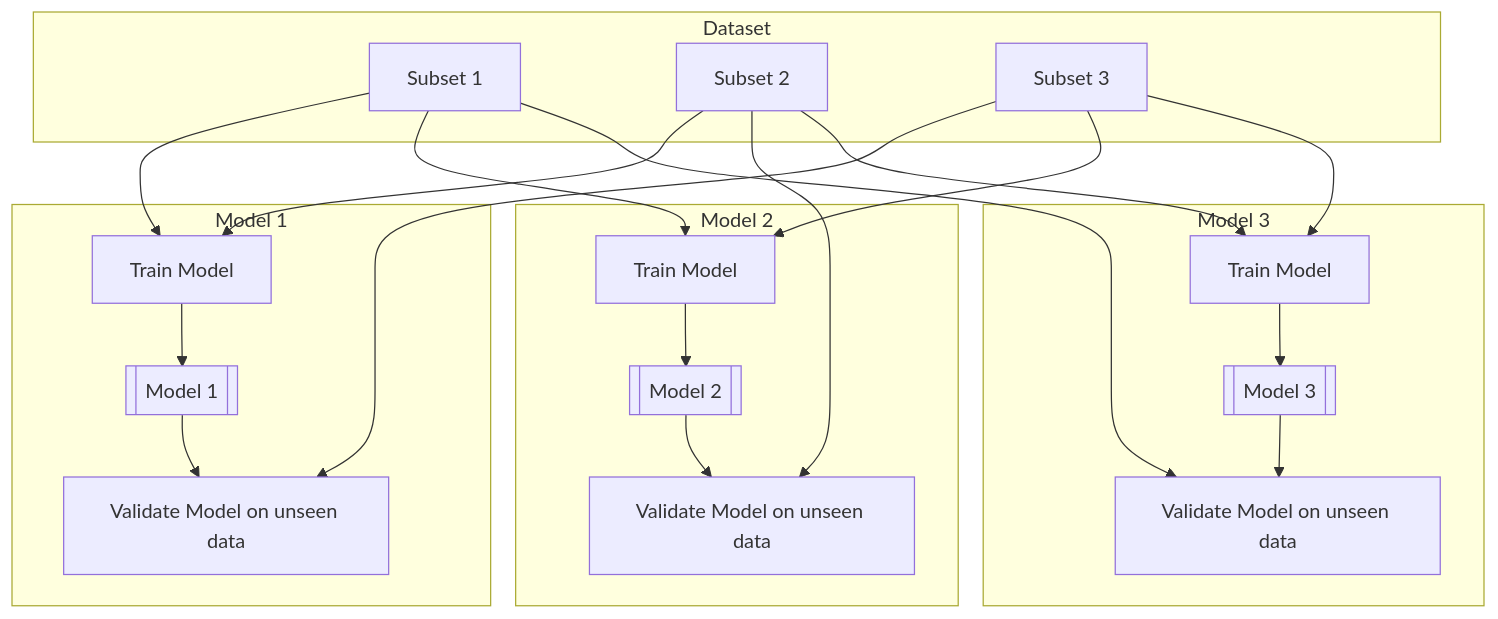
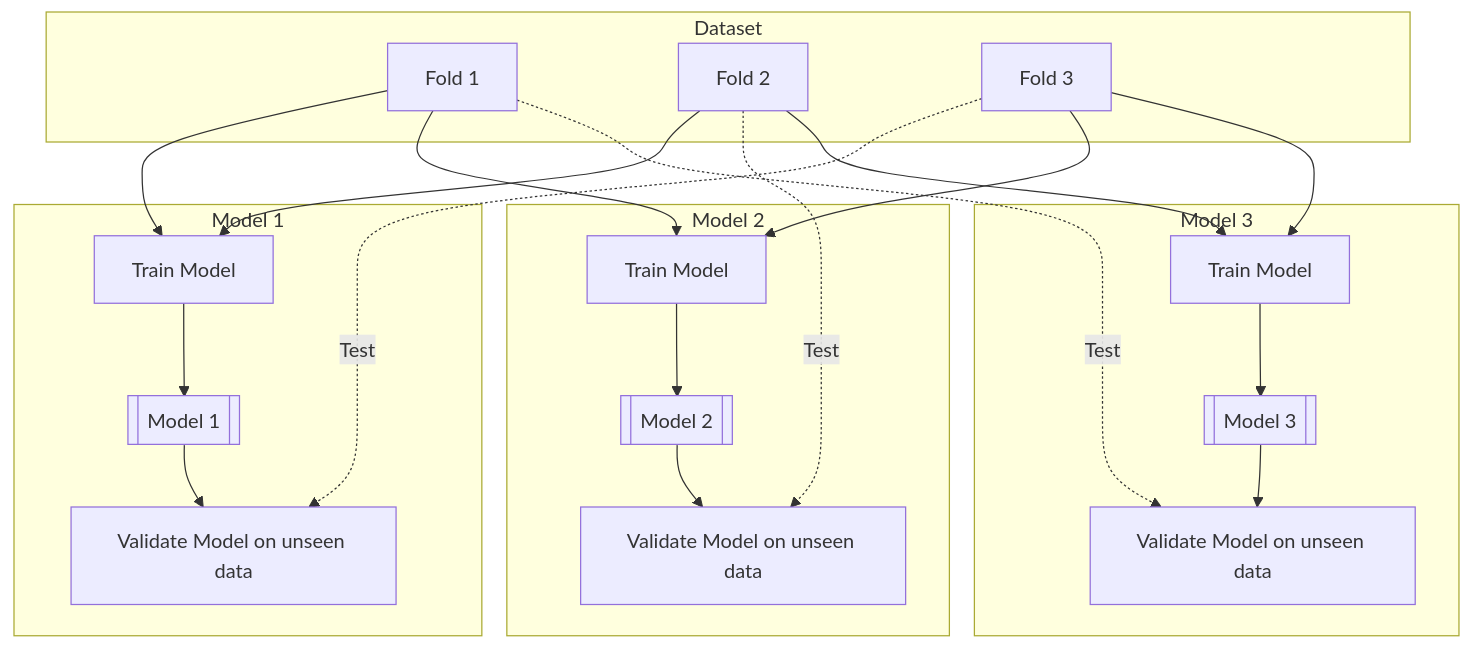
One commit to statisticalbiotechnology/dsbook changed the diagram in dsbook/supervised/xval.md. Above: the diagram before and after it, drawn with Mermaid. The commit also changed 2 other files, not shown here.

````diff
--- a/dsbook/supervised/xval.md
+++ b/dsbook/supervised/xval.md
@@ -56,36 +56,36 @@
 ```{mermaid}
 flowchart TB
     subgraph Dataset [Dataset]
-      A["    Subset 1    "]
-      B["    Subset 2    "]
-      C["    Subset 3    "]
+      A["    Fold 1    "]
+      B["    Fold 2    "]
+      C["    Fold 3    "]
     end
 
     subgraph Mod1 [Model 1]
         T1[Train Model] --> M1[[Model 1]]
         M1 --> V1[Validate Model on unseen data]
     end
     subgraph Mod2 [Model 2]
         T2[Train Model] --> M2[[Model 2]]
         M2 --> V2[Validate Model on unseen data]
     end
     subgraph Mod3 [Model 3]
         T3[Train Model] --> M3[[Model 3]]
         M3 --> V3[Validate Model on unseen data]
     end
 
     %% Fold 1
     A --> T1
     B --> T1
-    C --> V1
+    C -. Test .-> V1
 
     %% Fold 2
     A --> T2
+    B -. Test .-> V2
     C --> T2
-    B --> V2
 
     %% Fold 3
-    A --> V3
+    A -. Test .-> V3
     B --> T3
     C --> T3
 ```
````
